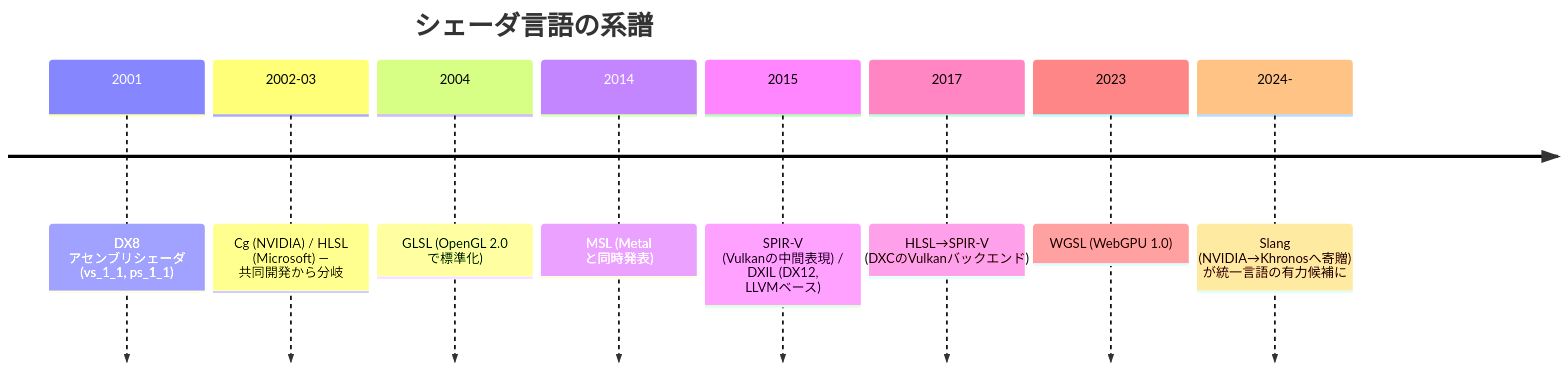
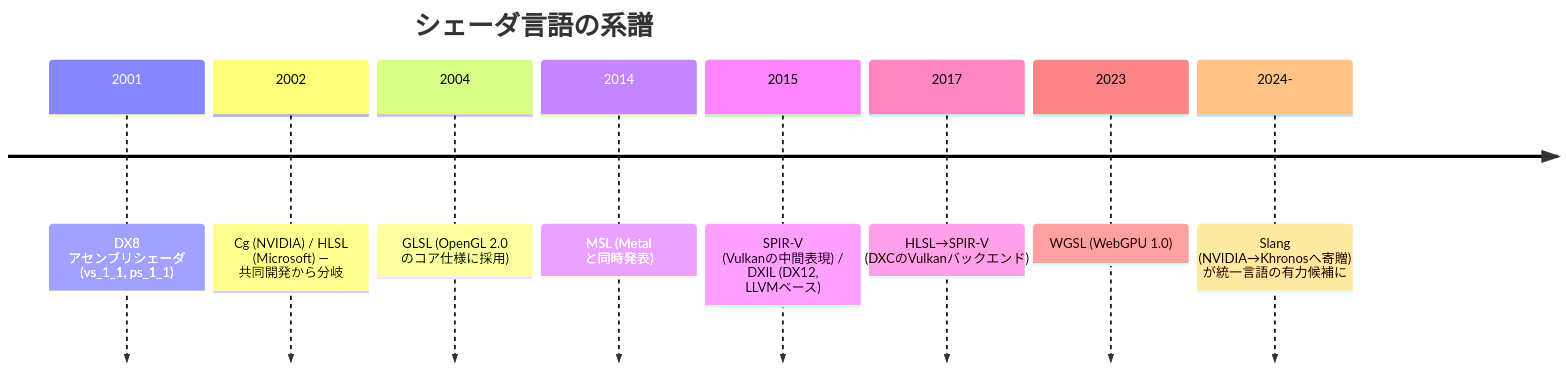
The first of 2 diagrams in study/docs/graphics/shader/overview.md (sny0/sny0.github.io), drawn with Mermaid before and after one commit. The commit also changed other lines of this file and 427 other files, not shown here.

````diff
--- a/study/docs/graphics/shader/overview.md
+++ b/study/docs/graphics/shader/overview.md
@@ -28,12 +28,12 @@
 ```mermaid
 timeline
     title シェーダ言語の系譜
     2001 : DX8 アセンブリシェーダ (vs_1_1, ps_1_1)
-    2002-03 : Cg (NVIDIA) / HLSL (Microsoft) — 共同開発から分岐
-    2004 : GLSL (OpenGL 2.0 で標準化)
+    2002 : Cg (NVIDIA) / HLSL (Microsoft) — 共同開発から分岐
+    2004 : GLSL (OpenGL 2.0 のコア仕様に採用)
     2014 : MSL (Metal と同時発表)
     2015 : SPIR-V (Vulkanの中間表現) / DXIL (DX12, LLVMベース)
     2017 : HLSL→SPIR-V (DXCのVulkanバックエンド)
     2023 : WGSL (WebGPU 1.0)
     2024- : Slang (NVIDIA→Khronosへ寄贈) が統一言語の有力候補に
 ```
````
